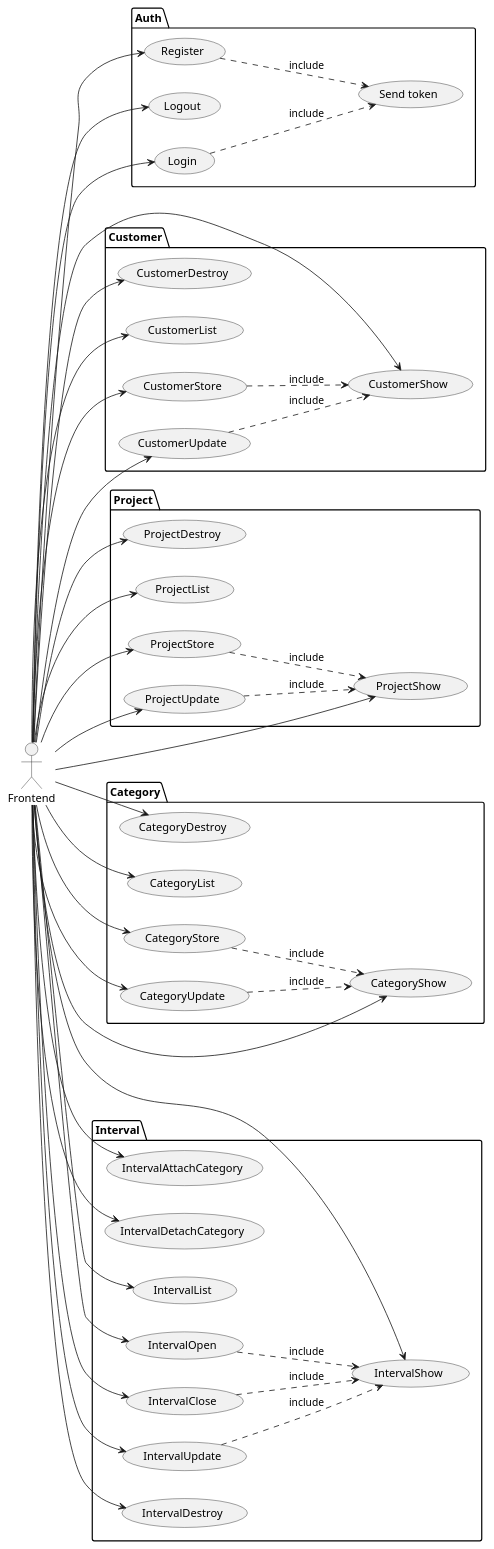
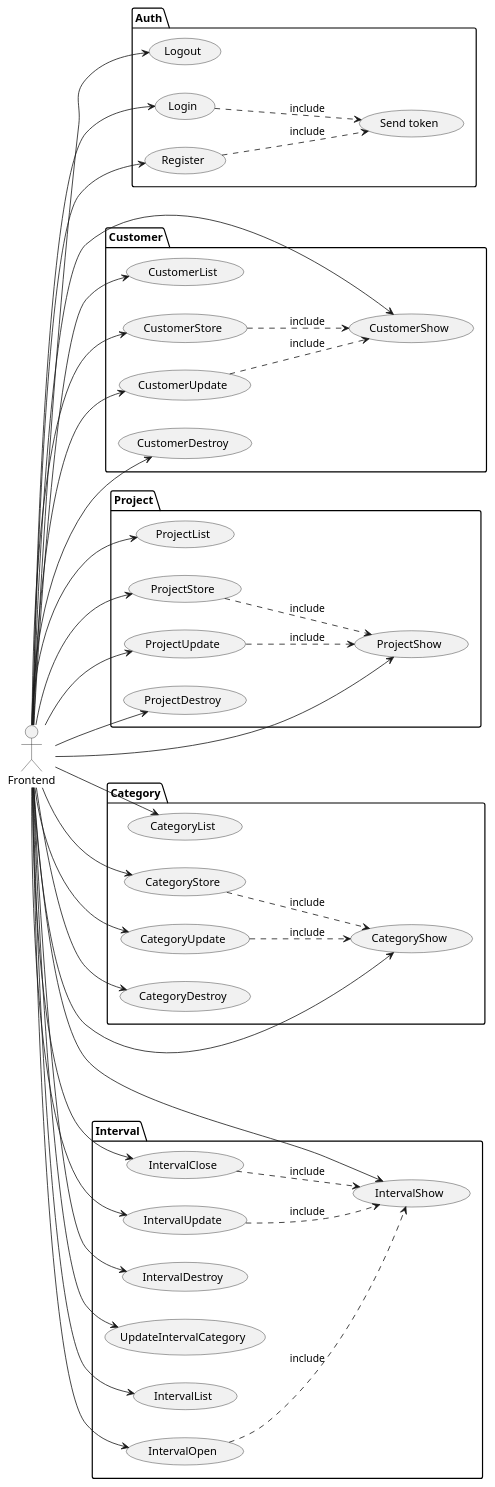
One commit to EscuelaIt/time-register changed the diagram in docs/src/usecases-complete.plantuml. Above: the diagram before and after it, drawn with PlantUML. The commit also changed 3 other files, not shown here.

```diff
--- a/docs/src/usecases-complete.plantuml
+++ b/docs/src/usecases-complete.plantuml
@@ -1,94 +1,92 @@
 @startuml
 left to right direction
 actor Frontend
 
 package Auth {
   usecase "Login" as Login
   usecase "Register" as Register
   usecase "Logout" as Logout
   usecase "Send token" as Token
   
   Frontend --> Login
   Frontend --> Register 
   Frontend --> Logout
   
   Register ..> Token: include
   Login ..> Token: include
 }
 
 package "Customer" {
   usecase "CustomerList" 
   usecase "CustomerShow" 
   usecase "CustomerStore" 
   usecase "CustomerUpdate" 
   usecase "CustomerDestroy" 
   
   Frontend --> CustomerList
   Frontend --> CustomerShow 
   Frontend --> CustomerStore
   Frontend --> CustomerUpdate
   Frontend --> CustomerDestroy
   
   CustomerStore ..> CustomerShow: include
   CustomerUpdate ..> CustomerShow: include
 }
 
 package "Project" {
   usecase "ProjectList"
   usecase "ProjectShow"
   usecase "ProjectStore"
   usecase "ProjectUpdate"
   usecase "ProjectDestroy"
   
   Frontend --> ProjectList
   Frontend --> ProjectShow 
   Frontend --> ProjectStore
   Frontend --> ProjectUpdate
   Frontend --> ProjectDestroy
   
   ProjectStore ..> ProjectShow: include
   ProjectUpdate ..> ProjectShow: include
 }
   
 package "Category" {
   usecase "CategoryList" 
   usecase "CategoryShow" 
   usecase "CategoryStore"
   usecase "CategoryUpdate"
   usecase "CategoryDestroy"
   
   Frontend --> CategoryList
   Frontend --> CategoryShow 
   Frontend --> CategoryStore
   Frontend --> CategoryUpdate
   Frontend --> CategoryDestroy
   
   CategoryStore ..> CategoryShow: include
   CategoryUpdate ..> CategoryShow: include
 }
 
 package "Interval" {
   usecase "IntervalList"
   usecase "IntervalShow" 
   usecase "IntervalOpen" 
   usecase "IntervalClose"
   usecase "IntervalUpdate" 
   usecase "IntervalDestroy" 
-  usecase "IntervalAttachCategory"
-  usecase "IntervalDetachCategory" 
+  usecase "UpdateIntervalCategory"
   
   Frontend --> IntervalList
   Frontend --> IntervalShow 
   Frontend --> IntervalOpen
   Frontend --> IntervalClose
   Frontend --> IntervalUpdate
   Frontend --> IntervalDestroy
-  Frontend --> IntervalAttachCategory
-  Frontend --> IntervalDetachCategory
+  Frontend --> UpdateIntervalCategory
   
   IntervalOpen ..> IntervalShow: include
   IntervalClose ..> IntervalShow: include
   IntervalUpdate ..> IntervalShow: include
 }
 
 @enduml
```
